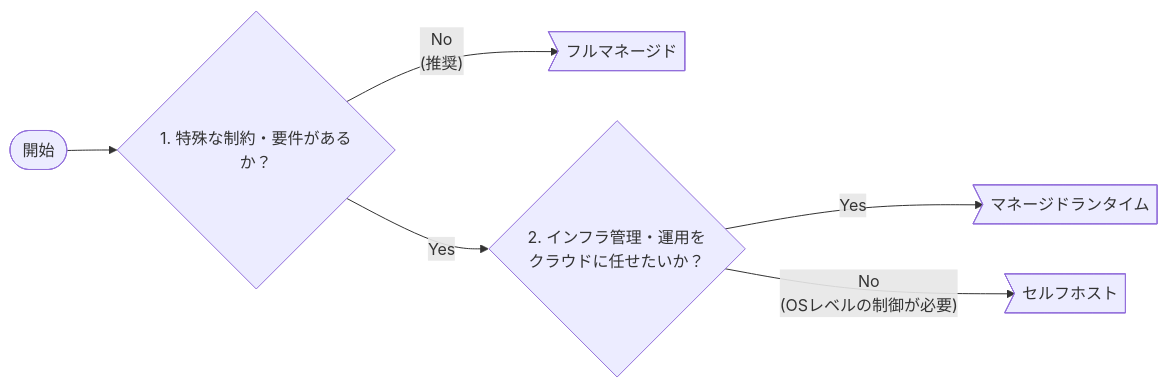
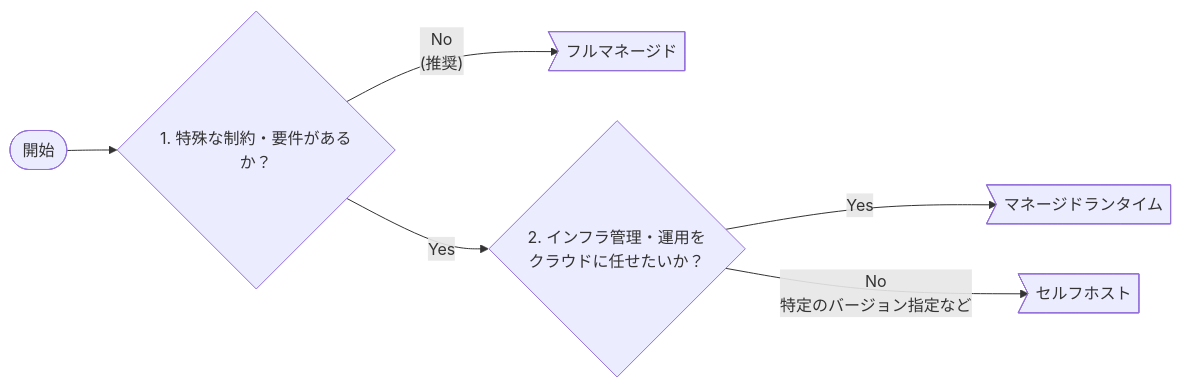
One commit to future-architect/arch-guidelines changed the third of 10 diagrams in documents/forAsync/async_guidelines.md. Above: the diagram before and after it, drawn with Mermaid.

Commit message:
add note

````diff
--- a/documents/forAsync/async_guidelines.md
+++ b/documents/forAsync/async_guidelines.md
@@ -193,9 +193,9 @@
 ```mermaid
 flowchart LR
     Start([開始]) --> Q1{1. 特殊な制約・要件があるか？}
 
     Q1 -- No<br>(推奨) --> FullyManaged>フルマネージド]
     Q1 -- Yes --> Q2{2. インフラ管理・運用を<br>クラウドに任せたいか？}
     Q2 -- Yes --> ManagedRuntime>マネージドランタイム]
-    Q2 -- No<br>(OSレベルの制御が必要) --> SelfHosted>セルフホスト]
+    Q2 -- No<br>特定のバージョン指定など --> SelfHosted>セルフホスト]
 ```
````
